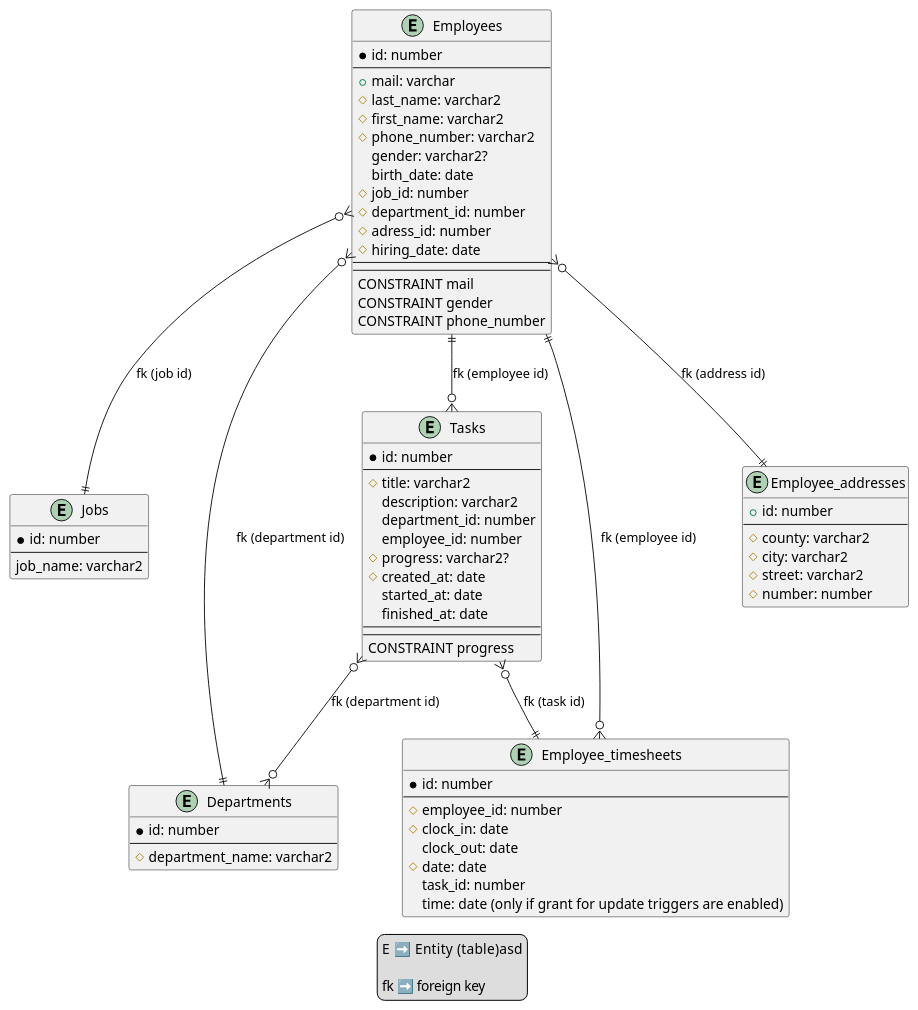
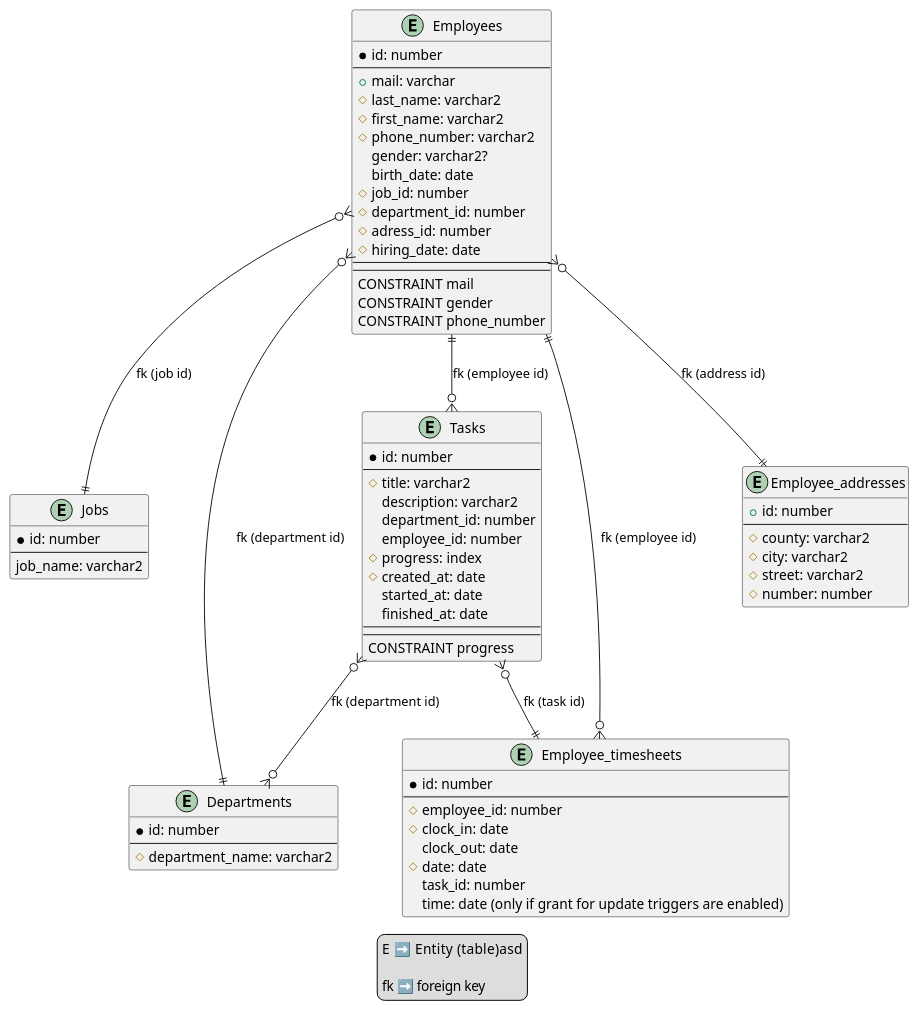
One commit to BalteiVasile/db-auto-service-project changed the diagram in diagrams/diagram.puml. Above: the diagram before and after it, drawn with PlantUML. The commit also changed 1 other file, not shown here.

```diff
--- a/diagrams/diagram.puml
+++ b/diagrams/diagram.puml
@@ -1,91 +1,91 @@
 @startuml auto_service
 
 entity Employees
 {
   *id: number
   --
   +mail: varchar
   #last_name: varchar2
   #first_name: varchar2
   #phone_number: varchar2
   gender: varchar2?
   birth_date: date
   #job_id: number
   #department_id: number
   #adress_id: number
   #hiring_date: date
   --
   --
   CONSTRAINT mail
   CONSTRAINT gender
   CONSTRAINT phone_number
 }
 
 entity Jobs
 {
   *id: number
   --
   job_name: varchar2
 }
 
 entity Departments
 {
   *id: number
   --
   #department_name: varchar2 
 }
 
 entity Tasks
 {
   *id: number
   --
   #title: varchar2
   description: varchar2
   department_id: number
   employee_id: number
-  #progress: varchar2?
+  #progress: index
   #created_at: date
   started_at: date
   finished_at: date
   --
   --
   CONSTRAINT progress
 }
 
 entity Employee_timesheets
 {
   *id: number
   --
   #employee_id: number
   #clock_in: date
   clock_out: date
   #date: date
   task_id: number
   time: date (only if grant for update triggers are enabled)
 }
 
 entity Employee_addresses
 {
   +id: number
   --
   #county: varchar2
   #city: varchar2
   #street: varchar2
   #number: number
 }
 
 Employees }o--|| Jobs: "fk (job id)"
 Employees }o--|| Employee_addresses: "fk (address id)"
 Employees }o--|| Departments: "fk (department id)"
 Employees ||--o{ Employee_timesheets: "fk (employee id)"
 Employees ||--o{ Tasks: "fk (employee id)"
 Tasks }o--o{ Departments: "fk (department id)"
 Tasks }o--|| Employee_timesheets: "fk (task id)"
 
 legend
   E    ➡️ Entity (table)asd
 
   fk ➡️ foreign key
 endlegend
 
 @enduml
```
